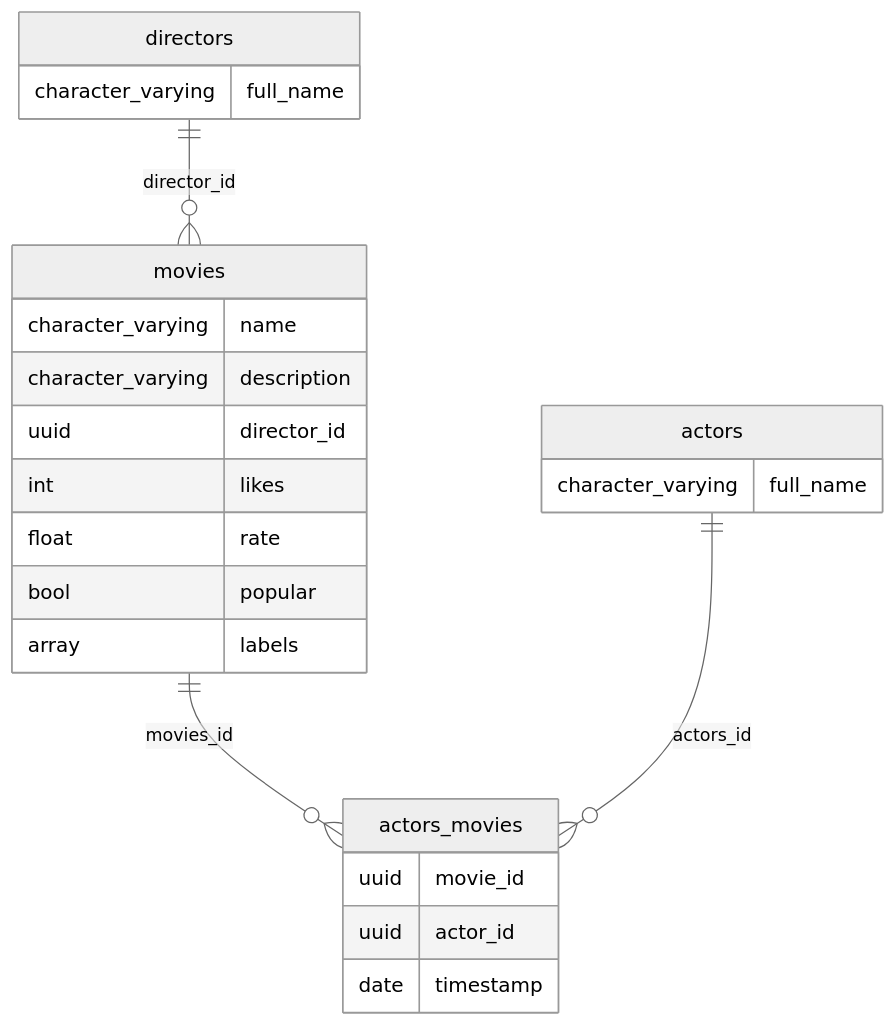
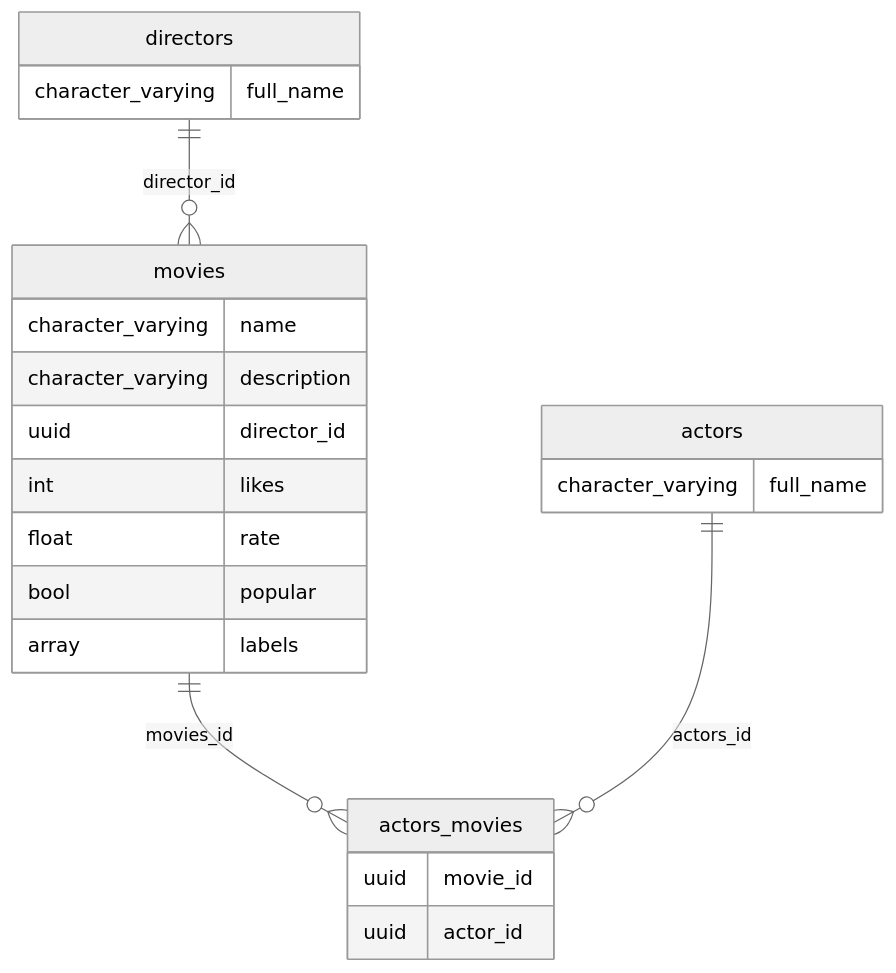
The diagram in README.md (mberrueta/elixir_phoenix_example_api), drawn with Mermaid (neutral theme) before and after one commit. The commit also changed 14 other files, not shown here.

````diff
--- a/README.md
+++ b/README.md
@@ -23,31 +23,30 @@
 ```mermaid
 erDiagram
 
     movies {
         character_varying name
         character_varying description
         uuid director_id
         int likes
         float rate
         bool popular
         array labels
     }
 
     directors {
         character_varying full_name
     }
     
     actors {
         character_varying full_name
     }
     
     actors_movies {
         uuid movie_id
         uuid actor_id
-        date timestamp
     }
     
     directors ||--o{ movies : "director_id"
     movies ||--o{ actors_movies : "movies_id"
     actors ||--o{ actors_movies : "actors_id"
 ```
````
